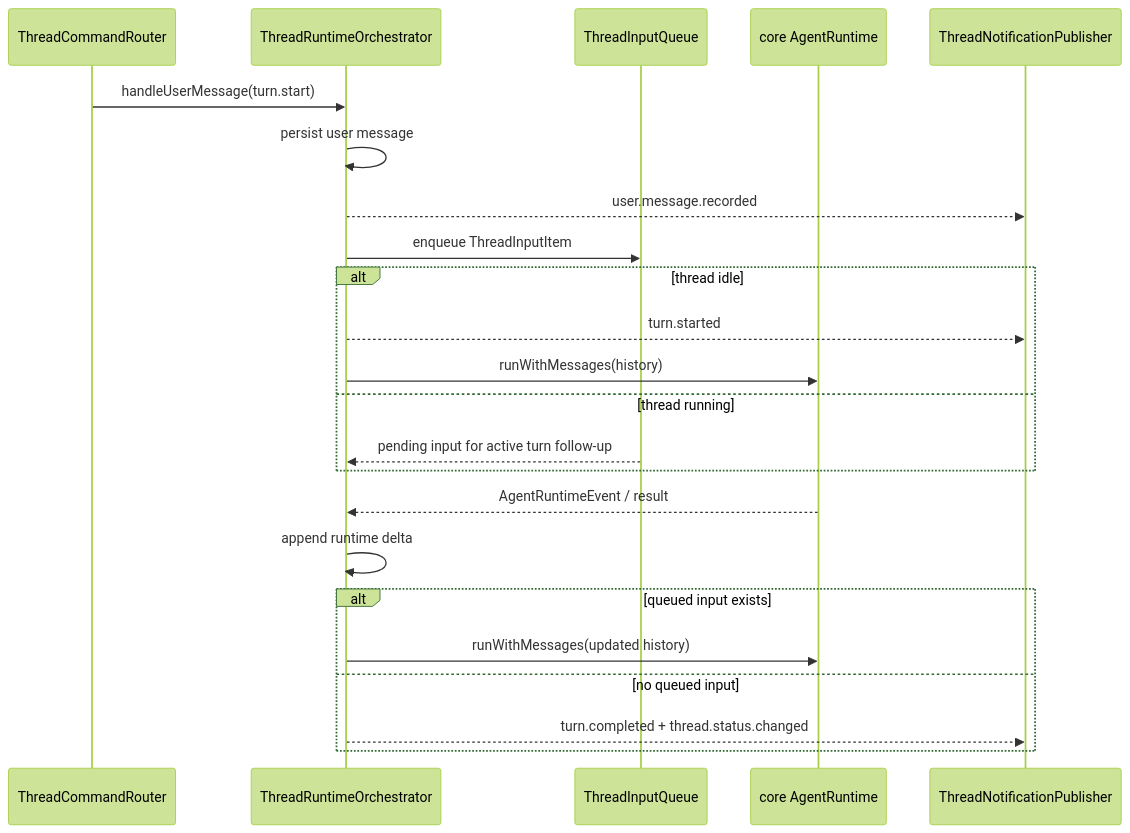
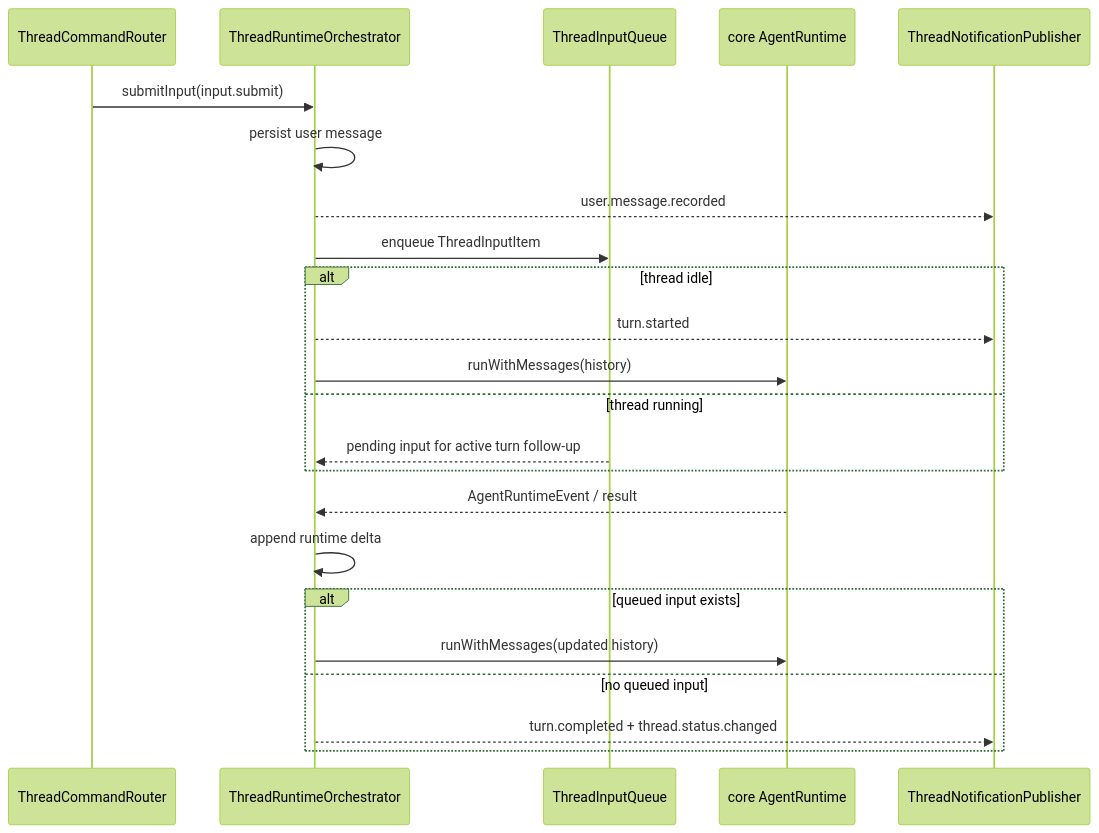
The diagram in apps/agent-server/src/thread/thread.md (Lixuhang987/SpotAgent), drawn with Mermaid (forest theme) before and after one commit. The commit also changed other lines of this file and 26 other files, not shown here.

Commit message:
refactor: migrate thread input to input.submit

````diff
--- a/apps/agent-server/src/thread/thread.md
+++ b/apps/agent-server/src/thread/thread.md
@@ -36,26 +36,26 @@
 ```mermaid
 sequenceDiagram
   participant Router as ThreadCommandRouter
   participant Orchestrator as ThreadRuntimeOrchestrator
   participant Queue as ThreadInputQueue
   participant Runtime as core AgentRuntime
   participant Publisher as ThreadNotificationPublisher
 
-  Router->>Orchestrator: handleUserMessage(turn.start)
+  Router->>Orchestrator: submitInput(input.submit)
   Orchestrator->>Orchestrator: persist user message
   Orchestrator-->>Publisher: user.message.recorded
   Orchestrator->>Queue: enqueue ThreadInputItem
   alt thread idle
     Orchestrator-->>Publisher: turn.started
     Orchestrator->>Runtime: runWithMessages(history)
   else thread running
     Queue-->>Orchestrator: pending input for active turn follow-up
   end
   Runtime-->>Orchestrator: AgentRuntimeEvent / result
   Orchestrator->>Orchestrator: append runtime delta
   alt queued input exists
     Orchestrator->>Runtime: runWithMessages(updated history)
   else no queued input
     Orchestrator-->>Publisher: turn.completed + thread.status.changed
   end
 ```
````
